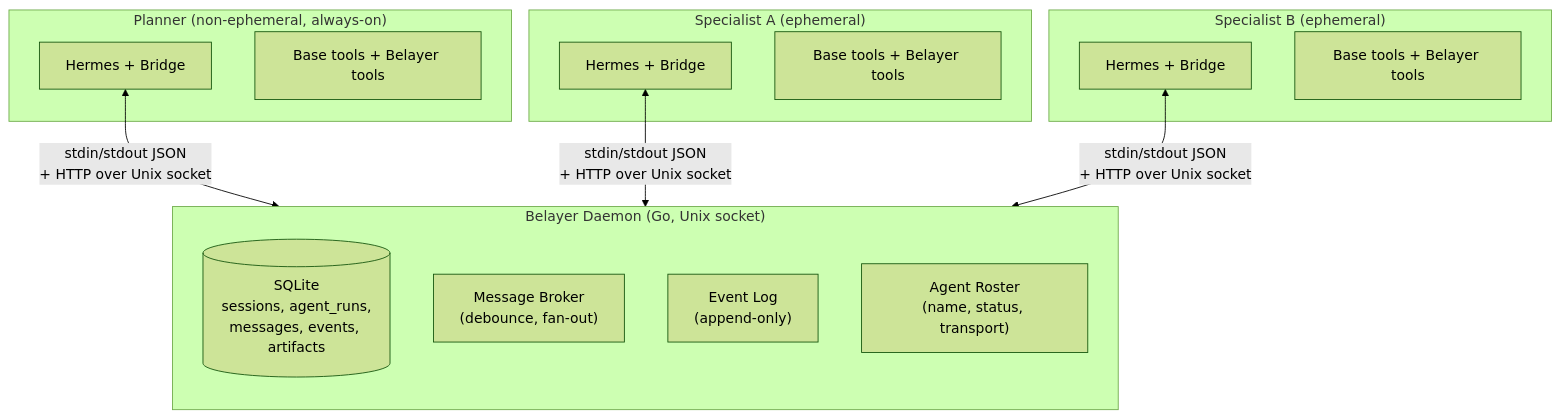
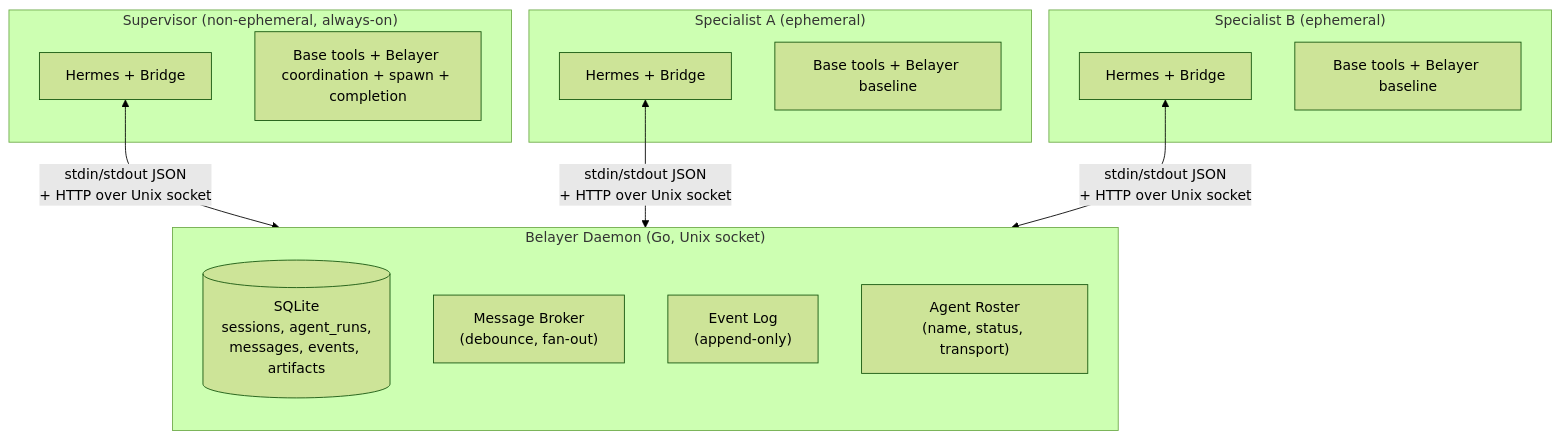
One commit to donovan-yohan/belayer changed the second of 11 diagrams in docs/AGENT_ARCHITECTURE.md. Above: the diagram before and after it, drawn with Mermaid (forest theme). The commit also changed other lines of this file and 2 other files, not shown here.

First line of the commit message:
docs: update architecture docs and prompts for supervisor rename and tool gating

````diff
--- a/docs/AGENT_ARCHITECTURE.md
+++ b/docs/AGENT_ARCHITECTURE.md
@@ -80,29 +80,29 @@
 ```mermaid
 flowchart TB
     subgraph daemon["Belayer Daemon (Go, Unix socket)"]
         direction TB
         store[("SQLite\nsessions, agent_runs,\nmessages, events, artifacts")]
         broker["Message Broker\n(debounce, fan-out)"]
         events["Event Log\n(append-only)"]
         roster["Agent Roster\n(name, status, transport)"]
     end
 
-    subgraph planner_box["Planner (non-ephemeral, always-on)"]
-        planner_hermes["Hermes + Bridge"]
-        planner_tools["Base tools + Belayer tools"]
+    subgraph supervisor_box["Supervisor (non-ephemeral, always-on)"]
+        supervisor_hermes["Hermes + Bridge"]
+        supervisor_tools["Base tools + Belayer coordination + spawn + completion"]
     end
 
     subgraph spec_a["Specialist A (ephemeral)"]
         spec_a_hermes["Hermes + Bridge"]
-        spec_a_tools["Base tools + Belayer tools"]
+        spec_a_tools["Base tools + Belayer baseline"]
     end
 
     subgraph spec_b["Specialist B (ephemeral)"]
         spec_b_hermes["Hermes + Bridge"]
-        spec_b_tools["Base tools + Belayer tools"]
+        spec_b_tools["Base tools + Belayer baseline"]
     end
 
-    planner_hermes <-->|"stdin/stdout JSON\n+ HTTP over Unix socket"| daemon
+    supervisor_hermes <-->|"stdin/stdout JSON\n+ HTTP over Unix socket"| daemon
     spec_a_hermes <-->|"stdin/stdout JSON\n+ HTTP over Unix socket"| daemon
     spec_b_hermes <-->|"stdin/stdout JSON\n+ HTTP over Unix socket"| daemon
 ```
````
